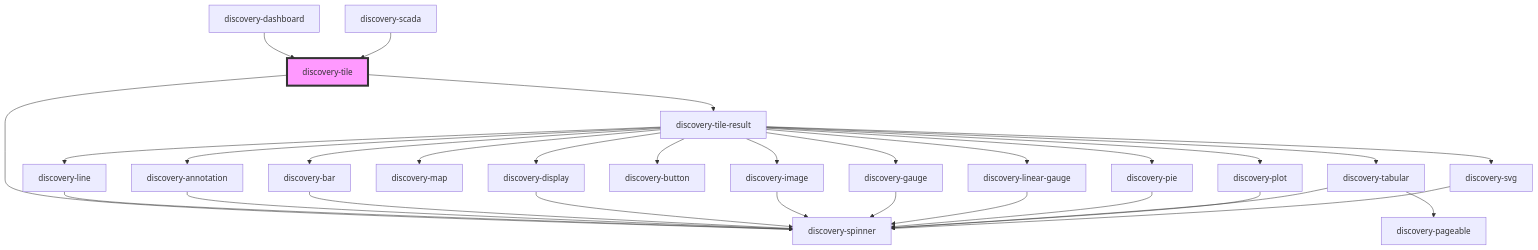
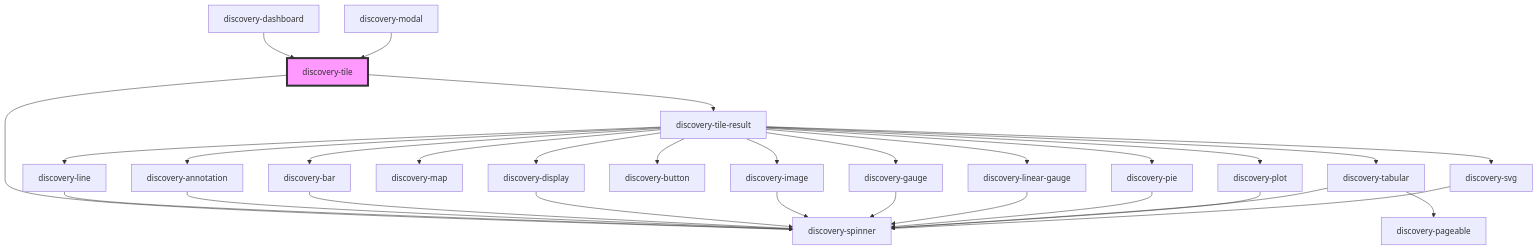
One commit to senx/discovery-widgets changed the diagram in src/components/discovery-tile/readme.md. Above: the diagram before and after it, drawn with Mermaid. The commit also changed other lines of this file and 4 other files, not shown here.

````diff
--- a/src/components/discovery-tile/readme.md
+++ b/src/components/discovery-tile/readme.md
@@ -43,33 +43,33 @@
 ```mermaid
 graph TD;
   discovery-tile --> discovery-tile-result
   discovery-tile --> discovery-spinner
   discovery-tile-result --> discovery-line
   discovery-tile-result --> discovery-annotation
   discovery-tile-result --> discovery-bar
   discovery-tile-result --> discovery-display
   discovery-tile-result --> discovery-map
   discovery-tile-result --> discovery-image
   discovery-tile-result --> discovery-button
   discovery-tile-result --> discovery-gauge
   discovery-tile-result --> discovery-linear-gauge
   discovery-tile-result --> discovery-pie
   discovery-tile-result --> discovery-tabular
   discovery-tile-result --> discovery-plot
   discovery-tile-result --> discovery-svg
   discovery-line --> discovery-spinner
   discovery-annotation --> discovery-spinner
   discovery-bar --> discovery-spinner
   discovery-display --> discovery-spinner
   discovery-image --> discovery-spinner
   discovery-gauge --> discovery-spinner
   discovery-linear-gauge --> discovery-spinner
   discovery-pie --> discovery-spinner
   discovery-tabular --> discovery-spinner
   discovery-tabular --> discovery-pageable
   discovery-plot --> discovery-spinner
   discovery-svg --> discovery-spinner
   discovery-dashboard --> discovery-tile
-  discovery-scada --> discovery-tile
+  discovery-modal --> discovery-tile
   style discovery-tile fill:#f9f,stroke:#333,stroke-width:4px
 ```
````
